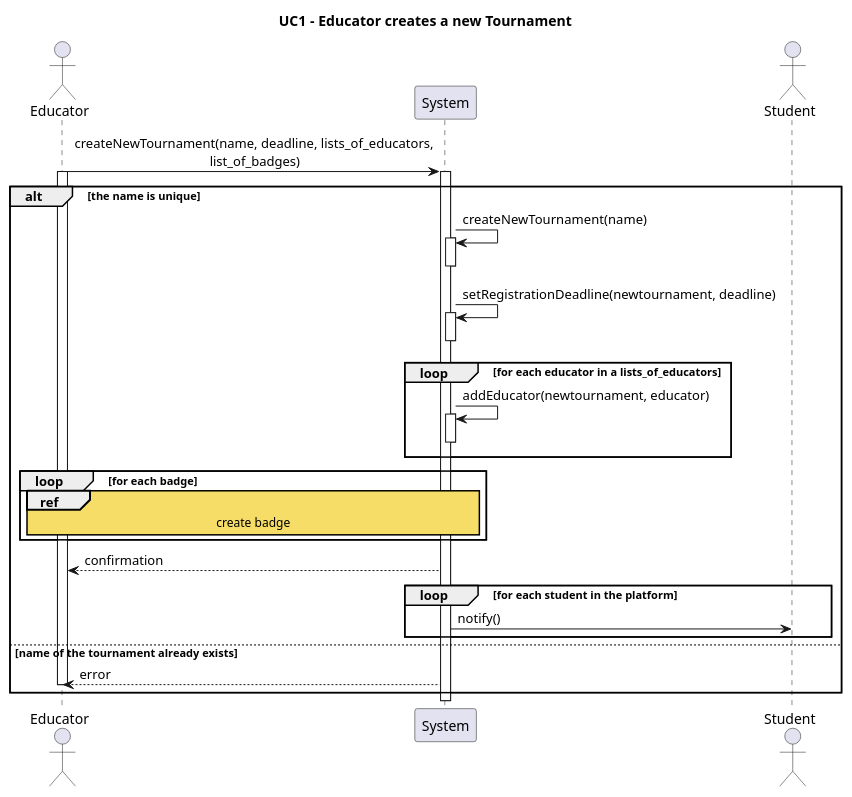
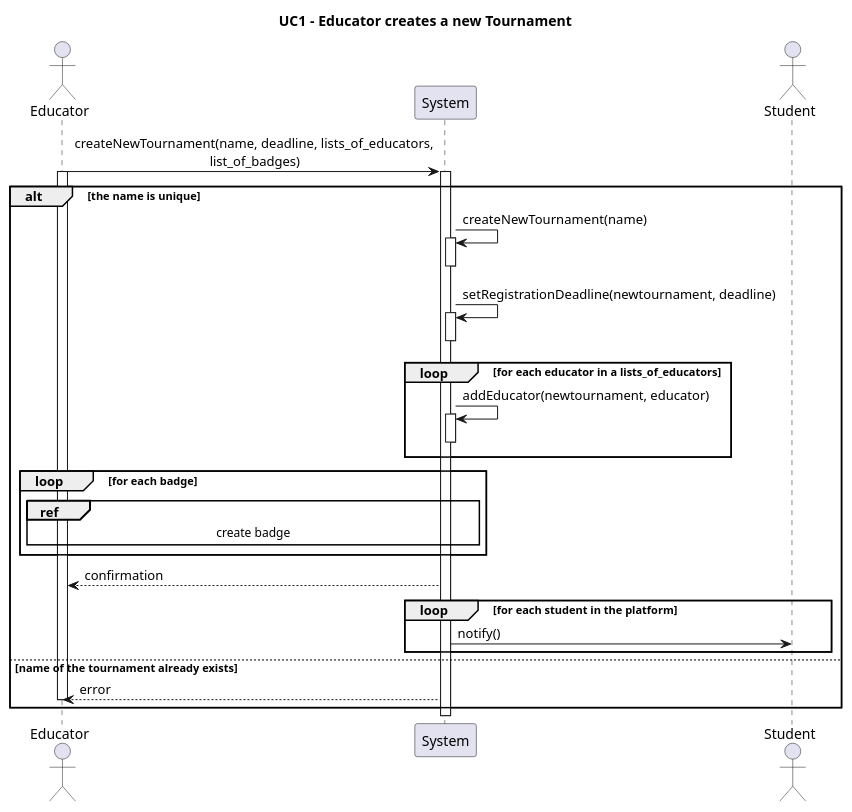
The diagram in rasd/puml/UC1.puml (Furrrlo/CodeKataBattle), drawn with PlantUML before and after one commit. The commit also changed 1 other file, not shown here.

Commit message:
Remove yellow background in UC2

```diff
--- a/rasd/puml/UC1.puml
+++ b/rasd/puml/UC1.puml
@@ -1,44 +1,45 @@
 @startuml UC1
 title UC1 - Educator creates a new Tournament    
-skinparam sequenceReferenceBackgroundColor #F6DD68
 
 actor Educator
 
 participant System
 actor Student
 
 
 Educator -> System ++: createNewTournament(name, deadline, lists_of_educators,\n\t\t\t\t\tlist_of_badges)
 alt the name is unique
 
 activate Educator
 
 System -> System ++: createNewTournament(name)
 deactivate System
 
 System -> System ++: setRegistrationDeadline(newtournament, deadline)
 deactivate System
 
 loop for each educator in a lists_of_educators
     System -> System ++: addEducator(newtournament, educator)
     deactivate System
 end
 
 loop for each badge
+    ||10||
     ref over Educator, System: create badge
+    ||5||
 end
 
 System --> Educator : confirmation
 
 
 loop for each student in the platform
     System -> Student : notify()
 
 end
 else name of the tournament already exists
     System --> Educator : error
     deactivate Educator
 end
 
 
 @enduml
```
